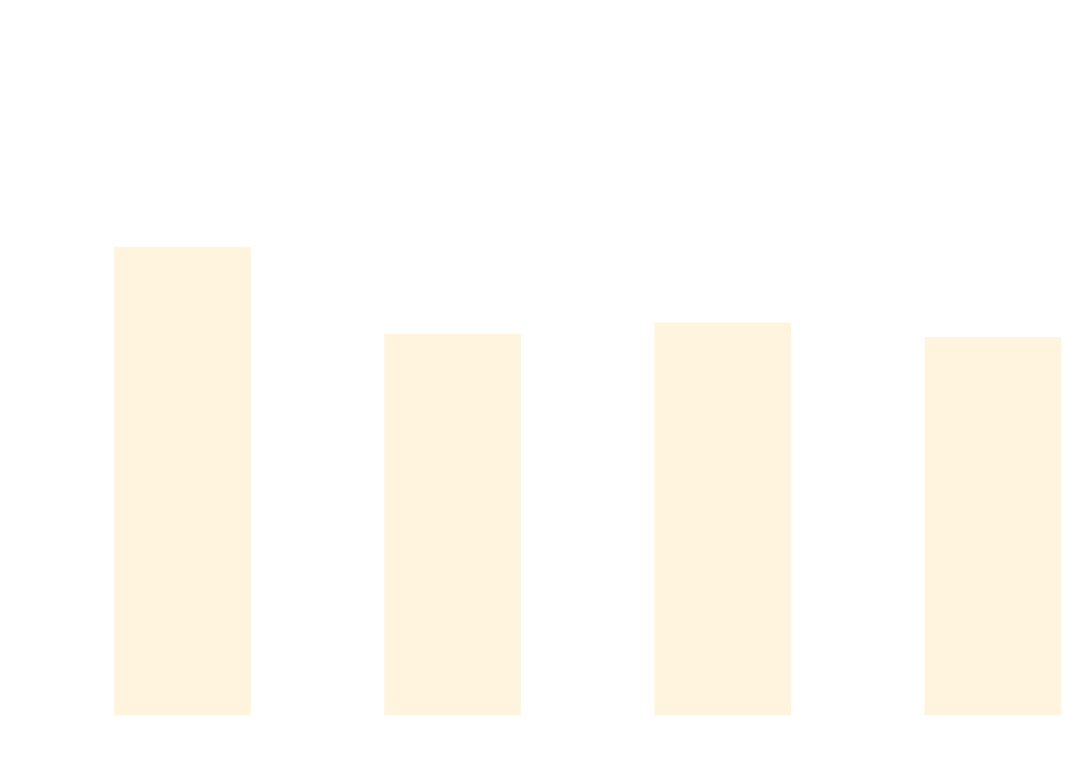
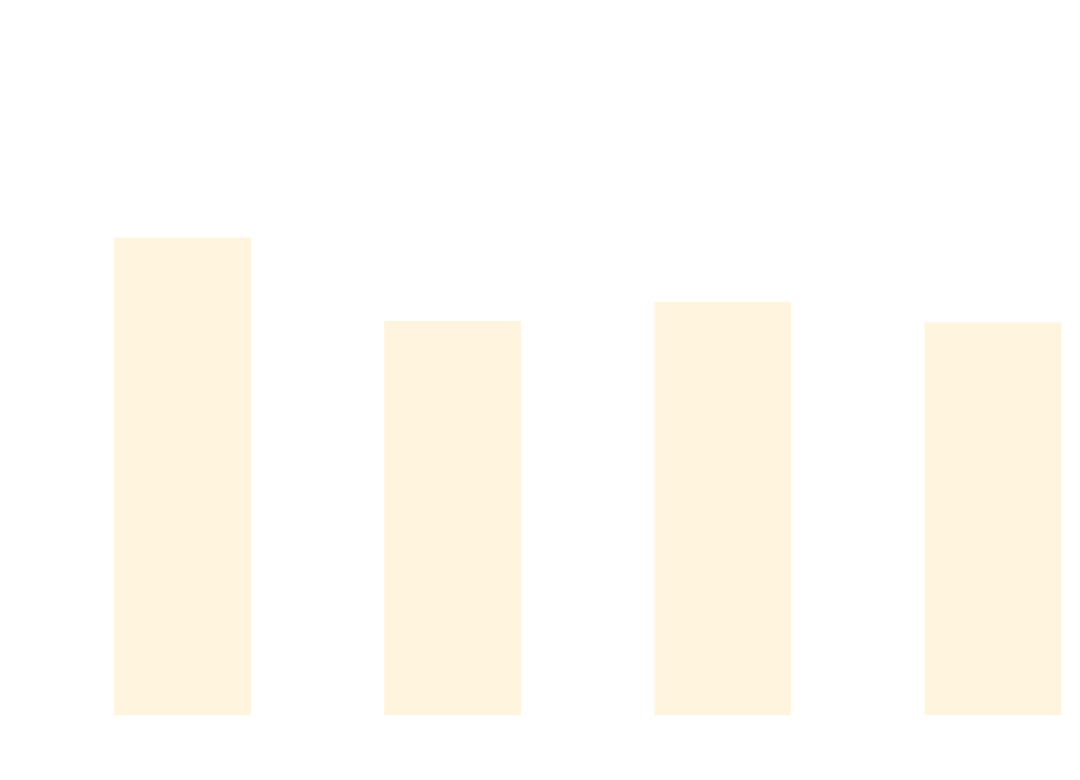
One commit to thomhurst/TUnit changed the diagram in docs/docs/benchmarks/BuildTime.md. Above: the diagram before and after it, drawn with Mermaid. The commit also changed other lines of this file and 17 other files, not shown here.

````diff
--- a/docs/docs/benchmarks/BuildTime.md
+++ b/docs/docs/benchmarks/BuildTime.md
@@ -28,37 +28,37 @@
 ```mermaid
 %%{init: {
   'theme':'base',
   'themeVariables': {
     'primaryColor': '#2563eb',
     'primaryTextColor': '#ffffff',
     'primaryBorderColor': '#1e40af',
     'lineColor': '#6b7280',
     'secondaryColor': '#7c3aed',
     'tertiaryColor': '#dc2626',
     'background': '#ffffff',
     'mainBkg': '#2563eb',
     'secondBkg': '#7c3aed',
     'tertiaryBkg': '#dc2626',
     'clusterBkg': '#f3f4f6',
     'edgeLabelBackground': '#ffffff',
     'tertiaryTextColor': '#1f2937',
     'pie1': '#2563eb',
     'pie2': '#7c3aed',
     'pie3': '#dc2626',
     'pie4': '#f59e0b',
     'pie5': '#10b981',
     'pie6': '#06b6d4',
     'pie7': '#ec4899',
     'pie8': '#6366f1',
     'pie9': '#84cc16',
     'pie10': '#f97316',
     'pie11': '#14b8a6',
     'pie12': '#a855f7'
   }
 }}%%
 xychart-beta
   title "Build Time Comparison"
   x-axis ["Build_TUnit", "Build_NUnit", "Build_MSTest", "Build_xUnit3"]
   y-axis "Time (s)" 0 --> 3
-  bar [2.233, 1.808, 1.863, 1.792]
+  bar [2.278, 1.87, 1.964, 1.864]
 ```
````
